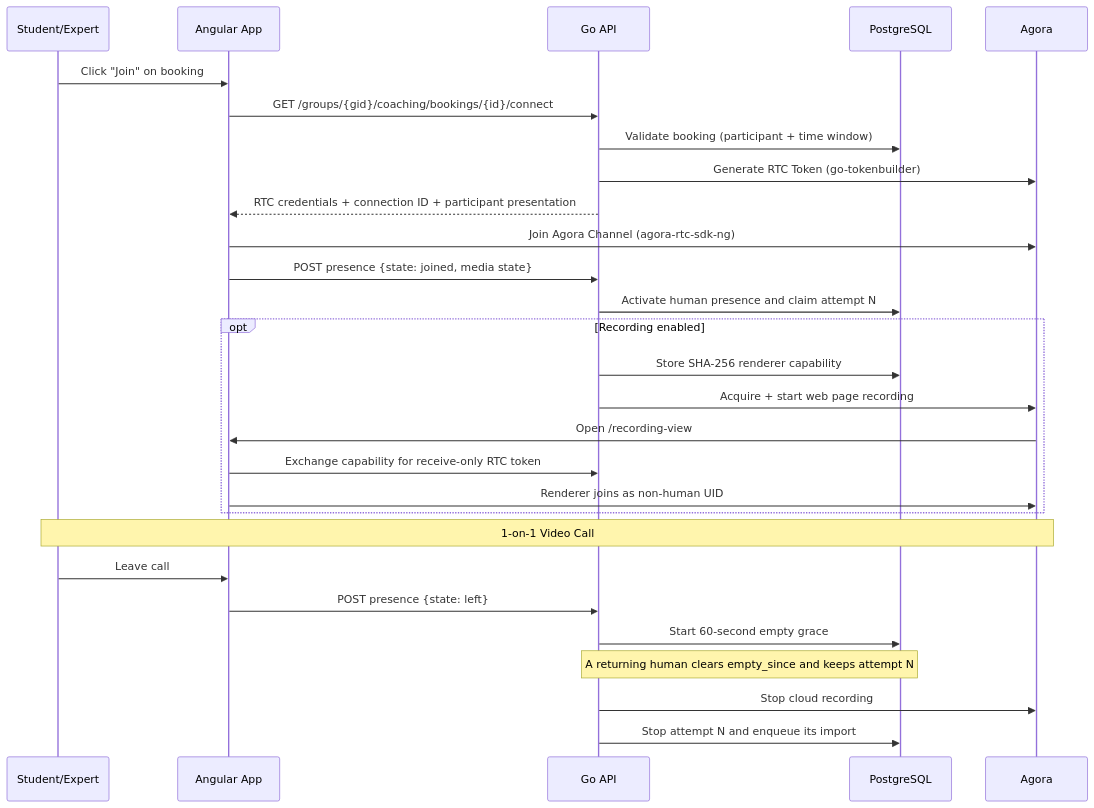
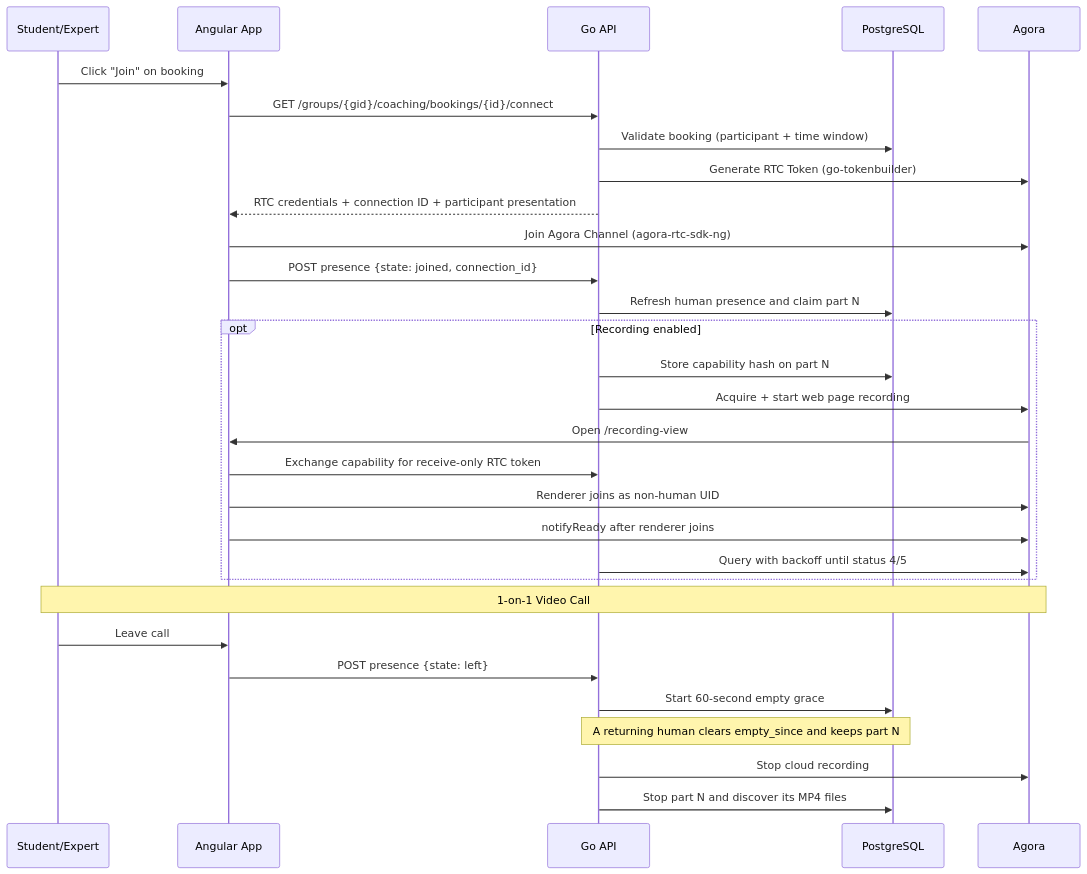
One commit to OZIOisgood/zeta changed the fifth of 10 diagrams in README.md. Above: the diagram before and after it, drawn with Mermaid. The commit also changed other lines of this file and 27 other files, not shown here.

````diff
--- a/README.md
+++ b/README.md
@@ -333,31 +333,33 @@
 ```mermaid
 sequenceDiagram
     participant U as Student/Expert
     participant W as Angular App
     participant A as Go API
     participant D as PostgreSQL
     participant AG as Agora
 
     U->>W: Click "Join" on booking
     W->>A: GET /groups/{gid}/coaching/bookings/{id}/connect
     A->>D: Validate booking (participant + time window)
     A->>AG: Generate RTC Token (go-tokenbuilder)
     A-->>W: RTC credentials + connection ID + participant presentation
     W->>AG: Join Agora Channel (agora-rtc-sdk-ng)
-    W->>A: POST presence {state: joined, media state}
-    A->>D: Activate human presence and claim attempt N
+    W->>A: POST presence {state: joined, connection_id}
+    A->>D: Refresh human presence and claim part N
     opt Recording enabled
-        A->>D: Store SHA-256 renderer capability
+        A->>D: Store capability hash on part N
         A->>AG: Acquire + start web page recording
         AG->>W: Open /recording-view#cap=…
         W->>A: Exchange capability for receive-only RTC token
         W->>AG: Renderer joins as non-human UID
+        W->>AG: notifyReady after renderer joins
+        A->>AG: Query with backoff until status 4/5
     end
     Note over U,AG: 1-on-1 Video Call
     U->>W: Leave call
     W->>A: POST presence {state: left}
     A->>D: Start 60-second empty grace
-    Note over A,D: A returning human clears empty_since and keeps attempt N
+    Note over A,D: A returning human clears empty_since and keeps part N
     A->>AG: Stop cloud recording
-    A->>D: Stop attempt N and enqueue its import
+    A->>D: Stop part N and discover its MP4 files
 ```
````
